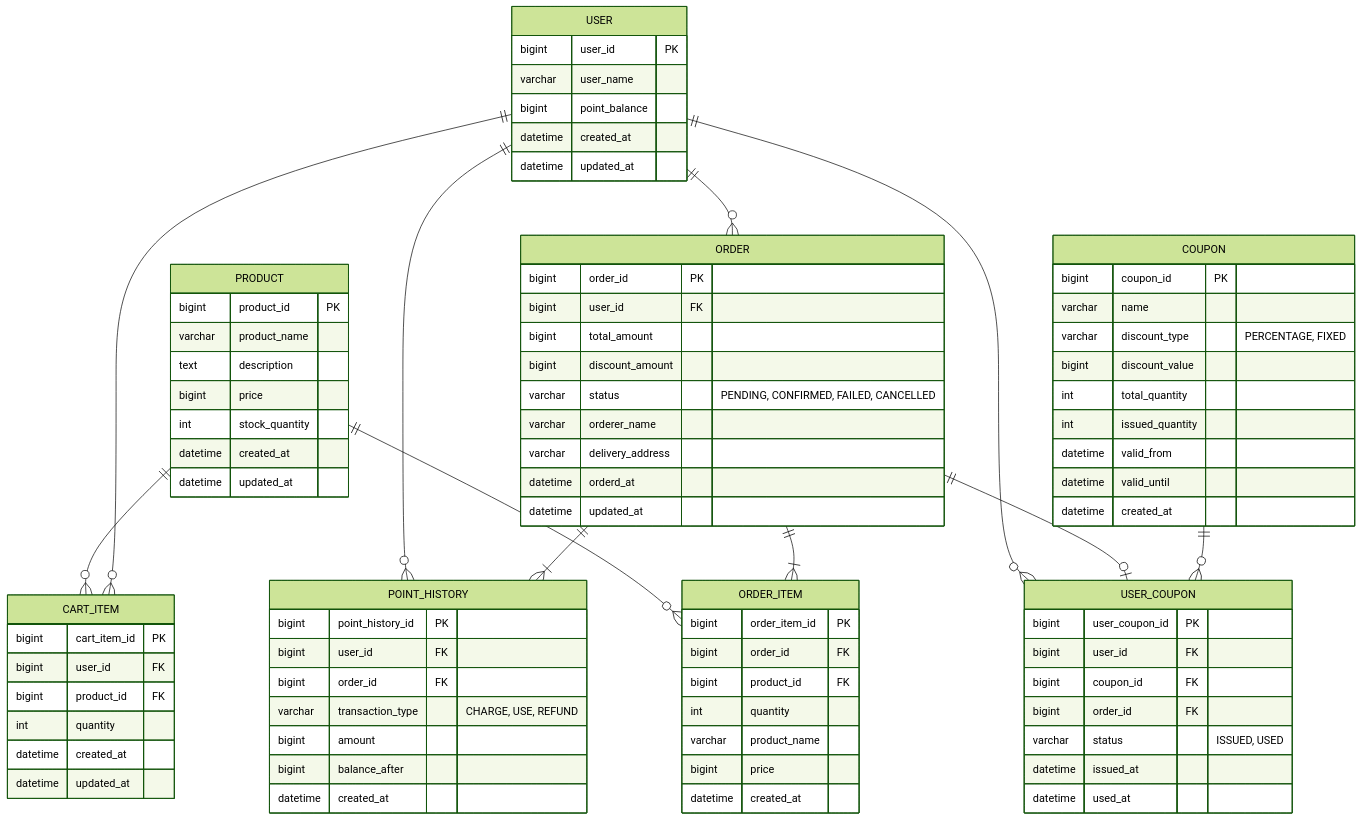
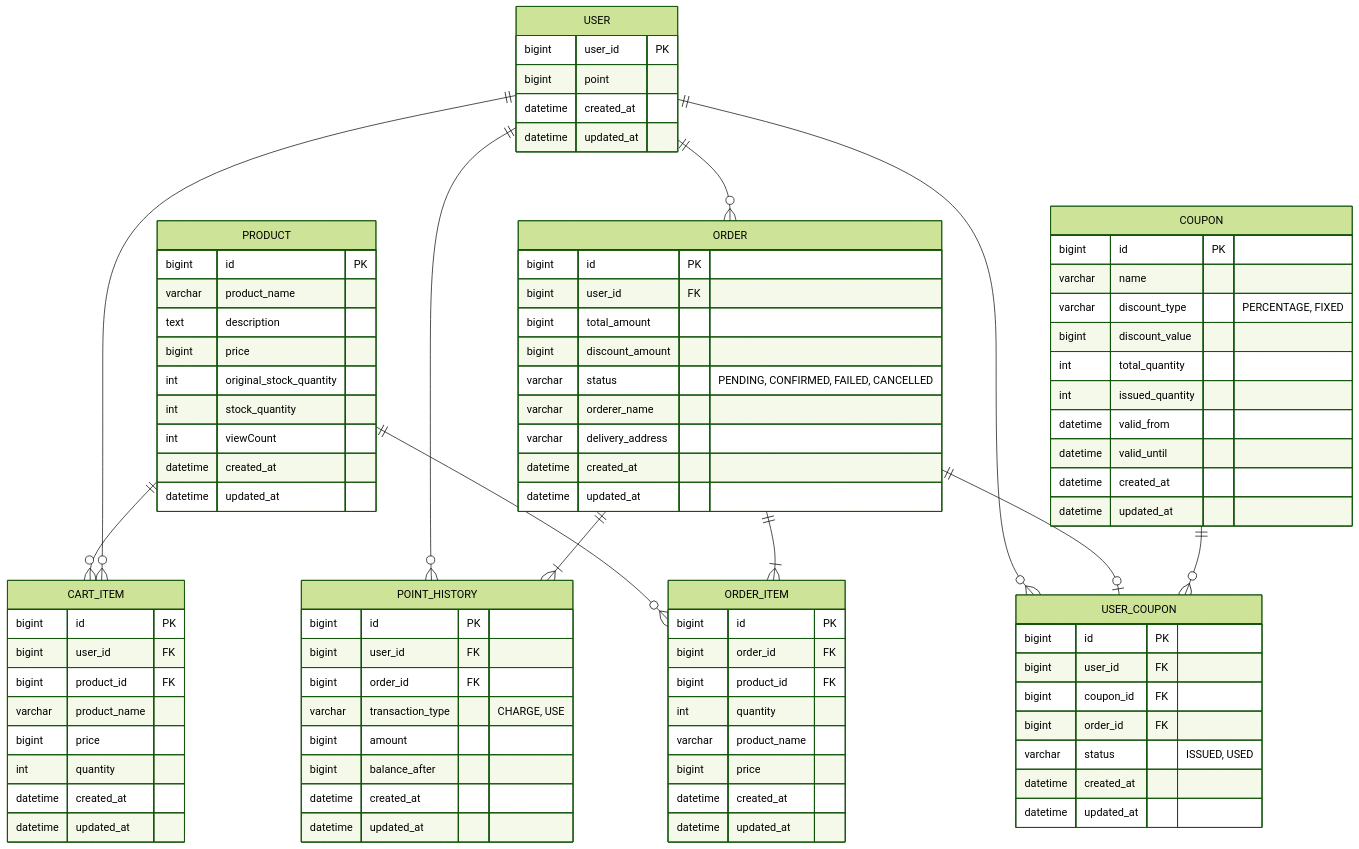
The first of 5 diagrams in README.md (kimujin99/hhplus10_w2), drawn with Mermaid (forest theme) before and after one commit. The commit also changed other lines of this file and 5 other files, not shown here.

Commit message:
docs: api 명세서, erd 설계 변경 및 README.md에 동시성 제어 분석섹션 추가

````diff
--- a/README.md
+++ b/README.md
@@ -97,65 +97,70 @@
 
     USER {
         bigint user_id PK
-        varchar user_name
-        bigint point_balance
+        bigint point
         datetime created_at
         datetime updated_at
     }
 
     ORDER {
-        bigint order_id PK
+        bigint id PK
         bigint user_id FK
         bigint total_amount
         bigint discount_amount
         varchar status "PENDING, CONFIRMED, FAILED, CANCELLED"
         varchar orderer_name
         varchar delivery_address
-        datetime orderd_at
+        datetime created_at
         datetime updated_at
     }
 
     PRODUCT {
-        bigint product_id PK
+        bigint id PK
         varchar product_name
         text description
         bigint price
+        int original_stock_quantity
         int stock_quantity
+        int viewCount
         datetime created_at
         datetime updated_at
     }
 
     CART_ITEM {
-        bigint cart_item_id PK
+        bigint id PK
         bigint user_id FK
         bigint product_id FK
+        varchar product_name
+        bigint price
         int quantity
         datetime created_at
         datetime updated_at
     }
 
     ORDER_ITEM {
-        bigint order_item_id PK
+        bigint id PK
         bigint order_id FK
         bigint product_id FK
         int quantity
         varchar product_name
         bigint price
         datetime created_at
+        datetime updated_at
     }
 
     POINT_HISTORY {
-        bigint point_history_id PK
+        bigint id PK
         bigint user_id FK
         bigint order_id FK
-        varchar transaction_type "CHARGE, USE, REFUND"
+        varchar transaction_type "CHARGE, USE"
         bigint amount
         bigint balance_after
         datetime created_at
+        datetime updated_at
     }
 
     COUPON {
-        bigint coupon_id PK
+        bigint id PK
         varchar name
         varchar discount_type "PERCENTAGE, FIXED"
         bigint discount_value
@@ -164,15 +169,16 @@
         datetime valid_from
         datetime valid_until
         datetime created_at
+        datetime updated_at
     }
 
     USER_COUPON {
-        bigint user_coupon_id PK
+        bigint id PK
         bigint user_id FK
         bigint coupon_id FK
         bigint order_id FK
         varchar status "ISSUED, USED"
-        datetime issued_at
-        datetime used_at
+        datetime created_at
+        datetime updated_at
     }
 ```
````
